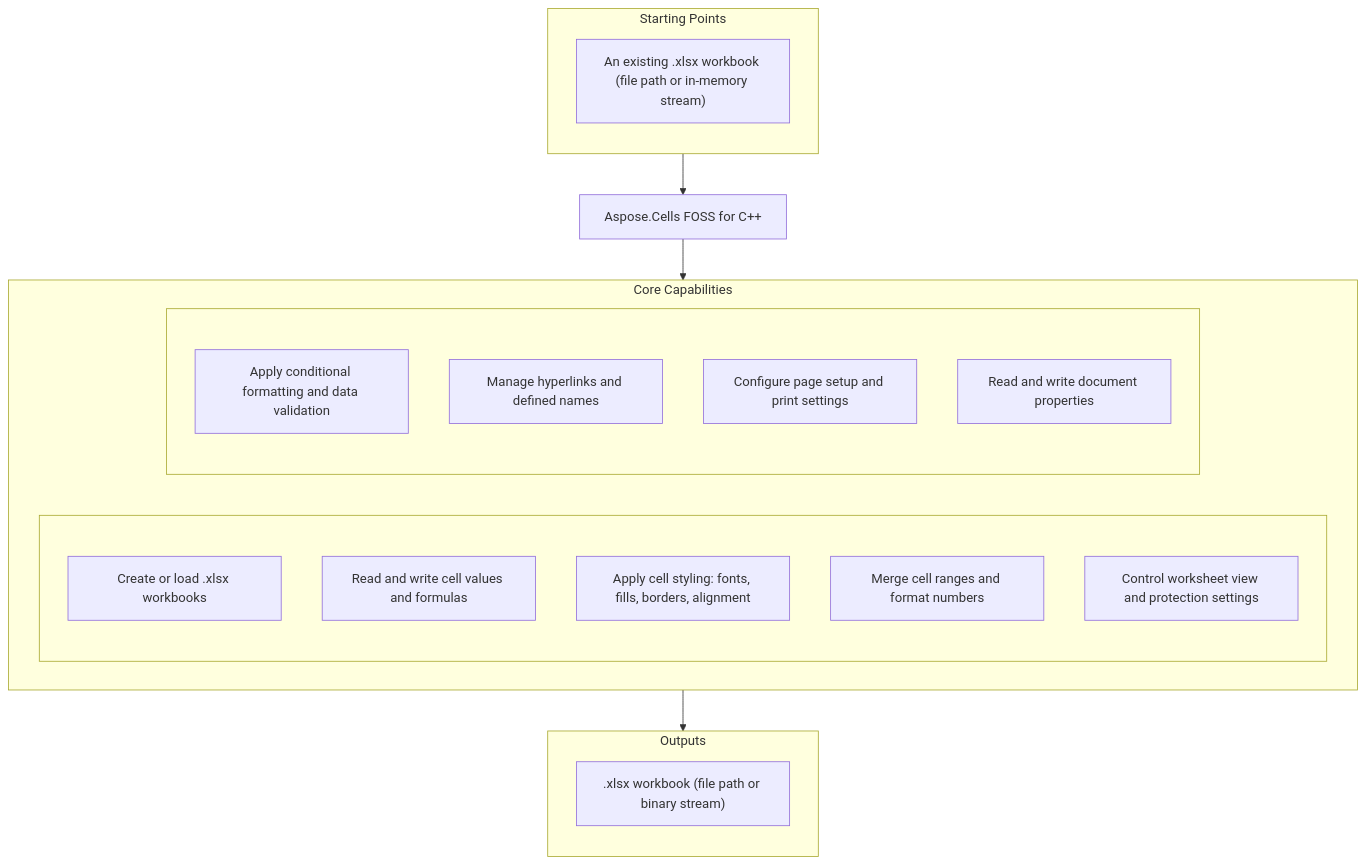
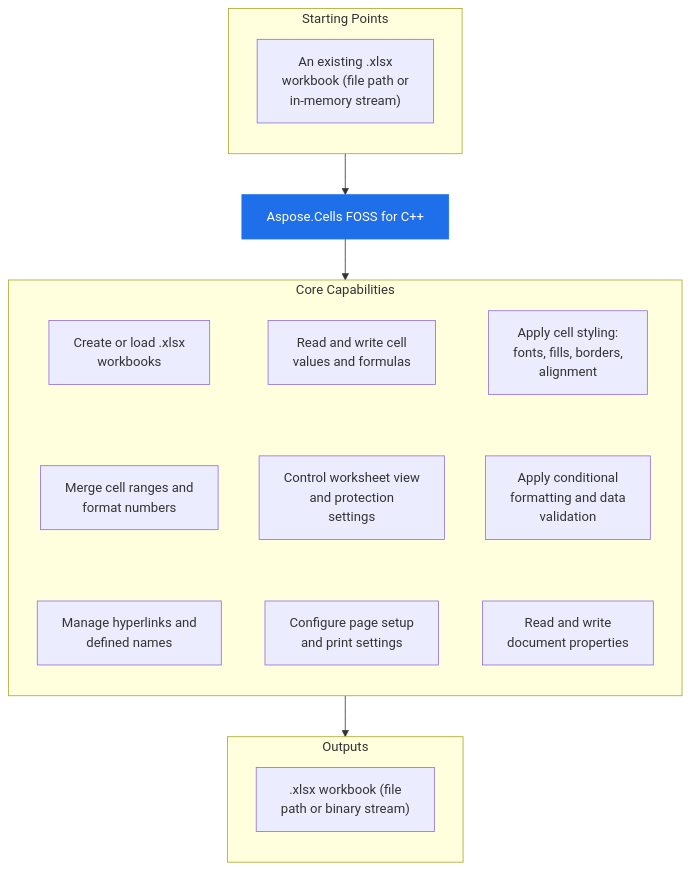
One commit to babar-raza/repo-presenter changed the diagram in 9f852d0ff1cfdad2d661556d6b87a8eff8c063a2/README.md. Above: the diagram before and after it, drawn with Mermaid. The commit also changed 6 other files, not shown here.

````diff
--- a/9f852d0ff1cfdad2d661556d6b87a8eff8c063a2/README.md
+++ b/9f852d0ff1cfdad2d661556d6b87a8eff8c063a2/README.md
@@ -28,31 +28,33 @@
 ```mermaid
-flowchart TD
+flowchart TB
   subgraph StartingPoints["Starting Points"]
     direction TB
-    i1["An existing .xlsx workbook (file path or in-memory stream)"]
+    i1["An existing .xlsx<br/>workbook (file path or<br/>in-memory stream)"]
   end
   PRODUCT["Aspose.Cells FOSS for C++"]
   subgraph Capabilities["Core Capabilities"]
-    direction LR
-    subgraph capl[" "]
-      direction TB
-      c1["Create or load .xlsx workbooks"]
-      c2["Read and write cell values and formulas"]
-      c3["Apply cell styling: fonts, fills, borders, alignment"]
-      c4["Merge cell ranges and format numbers"]
-      c5["Control worksheet view and protection settings"]
-    end
-    subgraph capr[" "]
-      direction TB
-      c6["Apply conditional formatting and data validation"]
-      c7["Manage hyperlinks and defined names"]
-      c8["Configure page setup and print settings"]
-      c9["Read and write document properties"]
-    end
+    direction TB
+    c1["Create or load .xlsx<br/>workbooks"]
+    c2["Read and write cell<br/>values and formulas"]
+    c3["Apply cell styling:<br/>fonts, fills, borders,<br/>alignment"]
+    c4["Merge cell ranges and<br/>format numbers"]
+    c5["Control worksheet view<br/>and protection<br/>settings"]
+    c6["Apply conditional<br/>formatting and data<br/>validation"]
+    c7["Manage hyperlinks and<br/>defined names"]
+    c8["Configure page setup<br/>and print settings"]
+    c9["Read and write<br/>document properties"]
+    c1 ~~~ c4
+    c2 ~~~ c5
+    c3 ~~~ c6
+    c4 ~~~ c7
+    c5 ~~~ c8
+    c6 ~~~ c9
   end
   subgraph Outputs["Outputs"]
     direction TB
-    o1[".xlsx workbook (file path or binary stream)"]
+    o1[".xlsx workbook (file<br/>path or binary stream)"]
   end
   StartingPoints --> PRODUCT --> Capabilities --> Outputs
+  classDef product fill:#1f6feb,stroke:#1f6feb,color:#ffffff
+  class PRODUCT product
 ```
````
